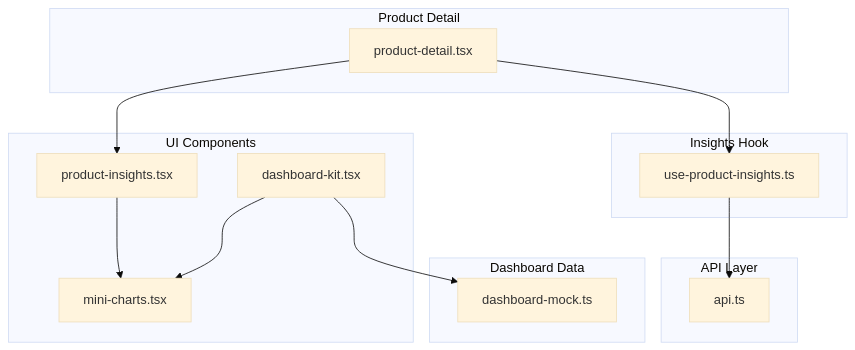
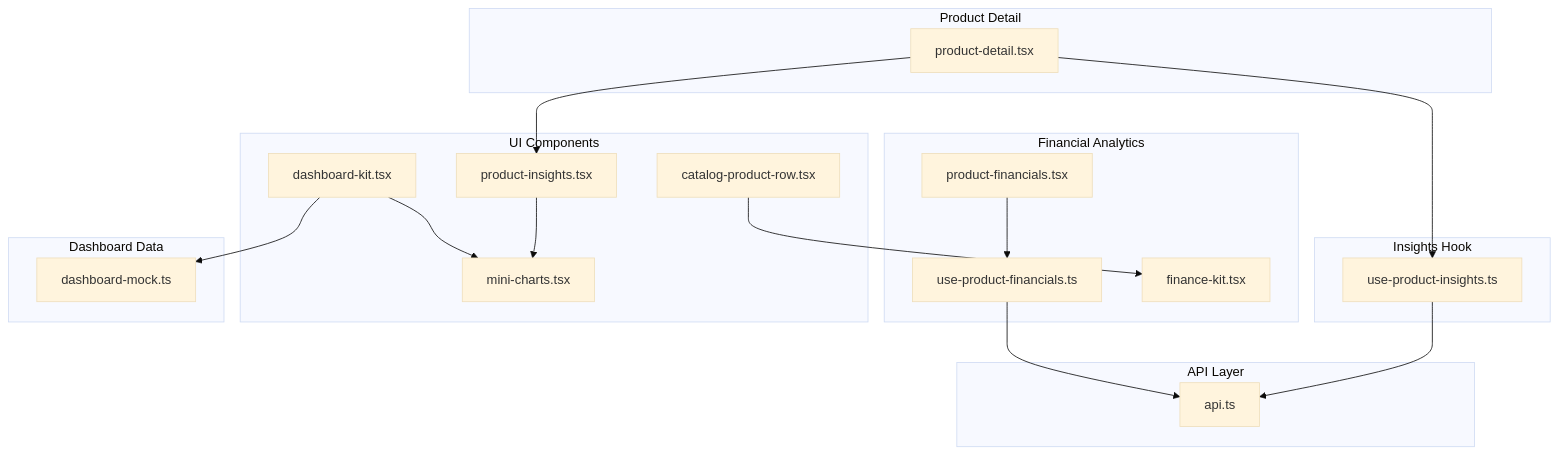
One commit to Muhammad-Masood/tijarah-ai-app changed the first of 6 diagrams in .qoder/repowiki/en/content/Product Management/Product Insights & Analytics.md. Above: the diagram before and after it, drawn with Mermaid (base theme). The commit also changed other lines of this file and 11 other files, not shown here.

````diff
--- a/.qoder/repowiki/en/content/Product Management/Product Insights & Analytics.md
+++ b/.qoder/repowiki/en/content/Product Management/Product Insights & Analytics.md
@@ -38,26 +53,35 @@
 ```mermaid
 graph TB
 subgraph "Product Detail"
 PD["product-detail.tsx"]
 end
 subgraph "Insights Hook"
 UPI["use-product-insights.ts"]
 end
+subgraph "Financial Analytics"
+PFS["product-financials.tsx"]
+UPF["use-product-financials.ts"]
+FK["finance-kit.tsx"]
+end
 subgraph "API Layer"
 API["api.ts"]
 end
 subgraph "UI Components"
 PIP["product-insights.tsx"]
+CPR["catalog-product-row.tsx"]
 MC["mini-charts.tsx"]
 DK["dashboard-kit.tsx"]
 end
 subgraph "Dashboard Data"
 DM["dashboard-mock.ts"]
 end
 PD --> UPI
 UPI --> API
+PFS --> UPF
+UPF --> API
 PD --> PIP
 PIP --> MC
+CPR --> FK
 DK --> MC
 DK --> DM
 ```
````
